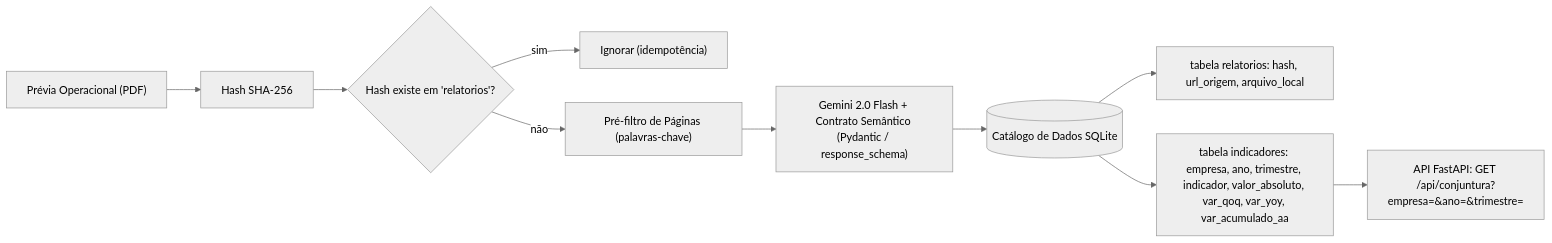
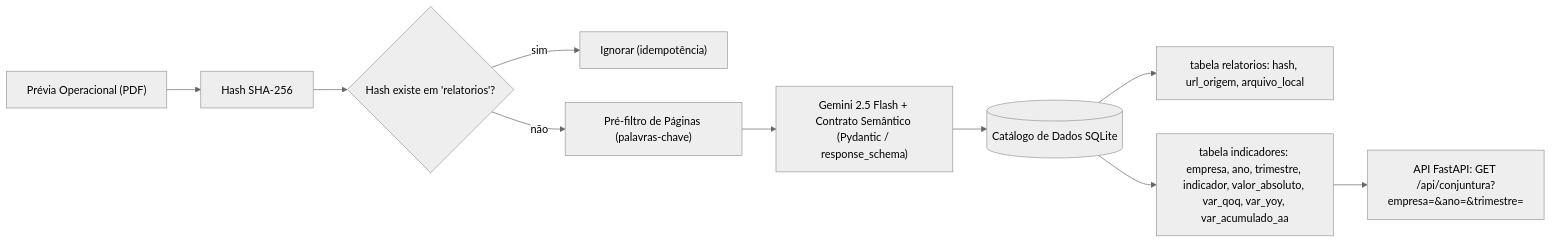
One commit to raqueleucaria/Projetos-Individuais-2026-1 changed the diagram in raquel-costa/projeto-4/docs/diagrams/architecture.md. Above: the diagram before and after it, drawn with Mermaid (neutral theme). The commit also changed 7 other files, not shown here.

First line of the commit message:
docs(projeto-4): switch to Gemini 2.5 Flash after API key validation

````diff
--- a/raquel-costa/projeto-4/docs/diagrams/architecture.md
+++ b/raquel-costa/projeto-4/docs/diagrams/architecture.md
@@ -3,12 +3,12 @@
 ```mermaid
 flowchart LR
     A["Prévia Operacional (PDF)"] --> B["Hash SHA-256"]
     B --> C{"Hash existe em 'relatorios'?"}
     C -- sim --> Z["Ignorar (idempotência)"]
     C -- não --> D["Pré-filtro de Páginas (palavras-chave)"]
-    D --> E["Gemini 2.0 Flash + Contrato Semântico (Pydantic / response_schema)"]
+    D --> E["Gemini 2.5 Flash + Contrato Semântico (Pydantic / response_schema)"]
     E --> F[("Catálogo de Dados SQLite")]
     F --> F1["tabela relatorios: hash, url_origem, arquivo_local"]
     F --> F2["tabela indicadores: empresa, ano, trimestre, indicador, valor_absoluto, var_qoq, var_yoy, var_acumulado_aa"]
     F2 --> G["API FastAPI: GET /api/conjuntura?empresa=&ano=&trimestre="]
 ```
````
